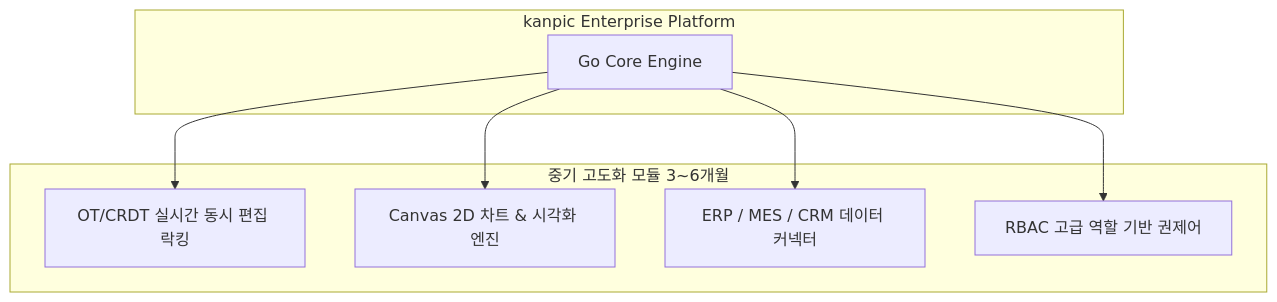
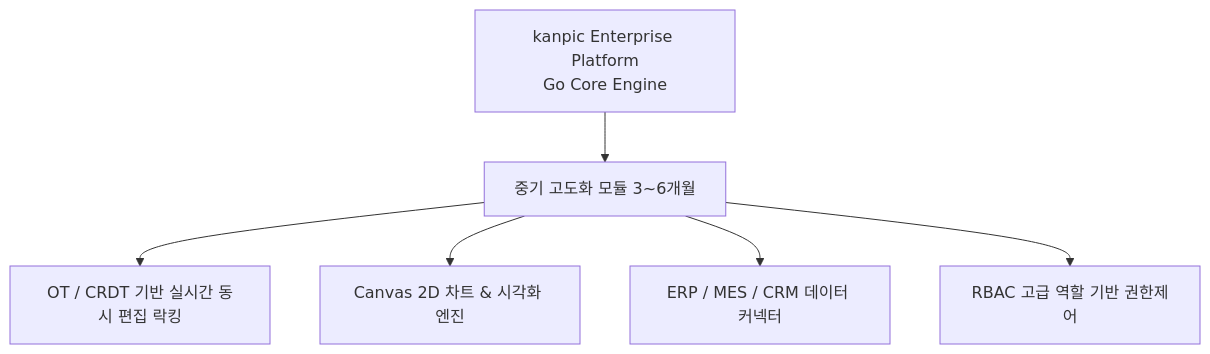
One commit to hkjang/kanpic changed the third of 4 diagrams in docs/ROADMAP_PLAN.md. Above: the diagram before and after it, drawn with Mermaid. The commit also changed other lines of this file and 9 other files, not shown here.

````diff
--- a/docs/ROADMAP_PLAN.md
+++ b/docs/ROADMAP_PLAN.md
@@ -70,18 +67,9 @@
 ```mermaid
-graph TB
-    subgraph CorePlatform [kanpic Enterprise Platform]
-        Engine[Go Core Engine]
-    end
-
-    subgraph Extensions [중기 고도화 모듈 3~6개월]
-        CRDT[OT/CRDT 실시간 동시 편집 락킹]
-        Charts[Canvas 2D 차트 & 시각화 엔진]
-        Connectors[ERP / MES / CRM 데이터 커넥터]
-        RBAC[RBAC 고급 역할 기반 권제어]
-    end
-
-    Engine --> CRDT
-    Engine --> Charts
-    Engine --> Connectors
-    Engine --> RBAC
+graph TD
+    Engine[kanpic Enterprise Platform<br>Go Core Engine]
+    Engine --> OT[중기 고도화 모듈 3~6개월]
+    OT --> C1[OT / CRDT 기반 실시간 동시 편집 락킹]
+    OT --> C2[Canvas 2D 차트 & 시각화 엔진]
+    OT --> C3[ERP / MES / CRM 데이터 커넥터]
+    OT --> C4[RBAC 고급 역할 기반 권한제어]
 ```
````
